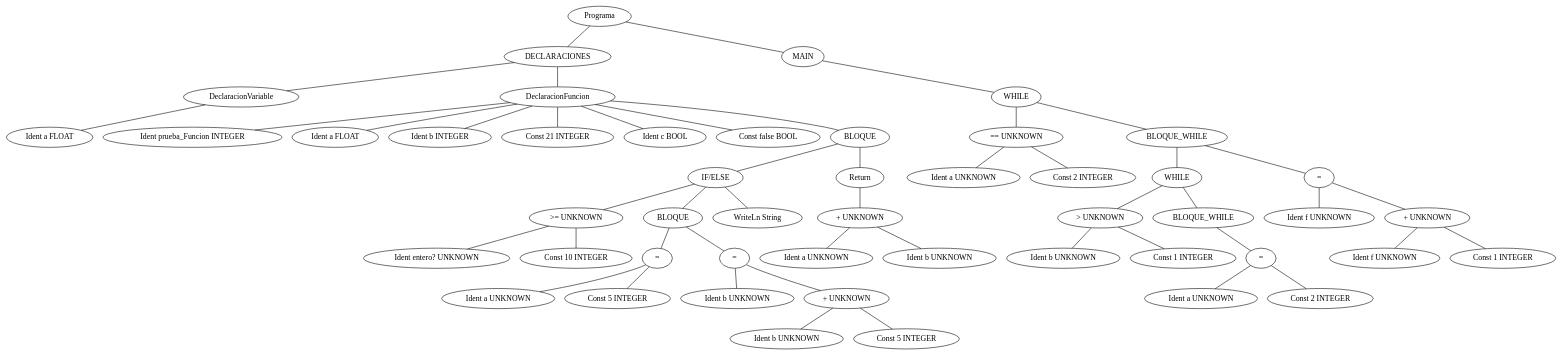
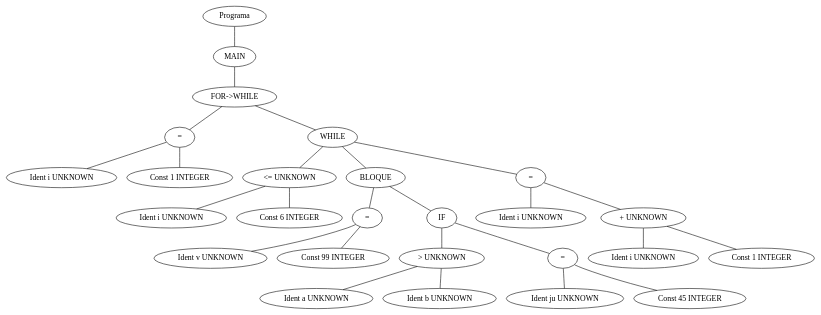
One commit to Mdimase/compilador changed the diagram in arbol.dot. Above: the diagram before and after it, drawn with Graphviz. The commit also changed 12 other files, not shown here.

```diff
--- a/arbol.dot
+++ b/arbol.dot
@@ -1,98 +1,52 @@
 graph G {1 [label="Programa"]
-2 [label="DECLARACIONES"]
+2 [label="MAIN"]
 1 -- 2
-3 [label="DeclaracionVariable"]
+3 [label="FOR->WHILE"]
 2 -- 3
-5 [label="Ident a FLOAT"]
-3 -- 5
-6 [label="DeclaracionFuncion"]
-2 -- 6
-7 [label="Ident prueba_Funcion INTEGER"]
-6 -- 7
-27 [label="Ident a FLOAT"]
-6 -- 27
-28 [label="Ident b INTEGER"]
-6 -- 28
-29 [label="Const 21 INTEGER"]
-6 -- 29
-30 [label="Ident c BOOL"]
-6 -- 30
-31 [label="Const false BOOL"]
-6 -- 31
-8 [label="BLOQUE"]
-6 -- 8
-9 [label="IF/ELSE"]
+4 [label="="]
+3 -- 4
+5 [label="Ident i UNKNOWN"]
+4 -- 5
+6 [label="Const 1 INTEGER"]
+4 -- 6
+7 [label="WHILE"]
+3 -- 7
+8 [label="<= UNKNOWN"]
+7 -- 8
+9 [label="Ident i UNKNOWN"]
 8 -- 9
-10 [label=">= UNKNOWN"]
-9 -- 10
-11 [label="Ident entero? UNKNOWN"]
-10 -- 11
-12 [label="Const 10 INTEGER"]
-10 -- 12
-13 [label="BLOQUE"]
-9 -- 13
-14 [label="="]
-13 -- 14
-15 [label="Ident a UNKNOWN"]
-14 -- 15
-16 [label="Const 5 INTEGER"]
-14 -- 16
-17 [label="="]
-13 -- 17
+10 [label="Const 6 INTEGER"]
+8 -- 10
+11 [label="BLOQUE"]
+7 -- 11
+12 [label="="]
+11 -- 12
+13 [label="Ident v UNKNOWN"]
+12 -- 13
+14 [label="Const 99 INTEGER"]
+12 -- 14
+15 [label="IF"]
+11 -- 15
+16 [label="> UNKNOWN"]
+15 -- 16
+17 [label="Ident a UNKNOWN"]
+16 -- 17
 18 [label="Ident b UNKNOWN"]
-17 -- 18
-19 [label="+ UNKNOWN"]
-17 -- 19
-20 [label="Ident b UNKNOWN"]
+16 -- 18
+19 [label="="]
+15 -- 19
+20 [label="Ident ju UNKNOWN"]
 19 -- 20
-21 [label="Const 5 INTEGER"]
+21 [label="Const 45 INTEGER"]
 19 -- 21
-22 [label="WriteLn String"]
-9 -- 22
-23 [label="Return"]
-8 -- 23
+22 [label="="]
+7 -- 22
+23 [label="Ident i UNKNOWN"]
+22 -- 23
 24 [label="+ UNKNOWN"]
-23 -- 24
-25 [label="Ident a UNKNOWN"]
+22 -- 24
+25 [label="Ident i UNKNOWN"]
 24 -- 25
-26 [label="Ident b UNKNOWN"]
+26 [label="Const 1 INTEGER"]
 24 -- 26
-32 [label="MAIN"]
-1 -- 32
-33 [label="WHILE"]
-32 -- 33
-34 [label="== UNKNOWN"]
-33 -- 34
-35 [label="Ident a UNKNOWN"]
-34 -- 35
-36 [label="Const 2 INTEGER"]
-34 -- 36
-37 [label="BLOQUE_WHILE"]
-33 -- 37
-38 [label="WHILE"]
-37 -- 38
-39 [label="> UNKNOWN"]
-38 -- 39
-40 [label="Ident b UNKNOWN"]
-39 -- 40
-41 [label="Const 1 INTEGER"]
-39 -- 41
-42 [label="BLOQUE_WHILE"]
-38 -- 42
-43 [label="="]
-42 -- 43
-44 [label="Ident a UNKNOWN"]
-43 -- 44
-45 [label="Const 2 INTEGER"]
-43 -- 45
-46 [label="="]
-37 -- 46
-47 [label="Ident f UNKNOWN"]
-46 -- 47
-48 [label="+ UNKNOWN"]
-46 -- 48
-49 [label="Ident f UNKNOWN"]
-48 -- 49
-50 [label="Const 1 INTEGER"]
-48 -- 50
 }
```
